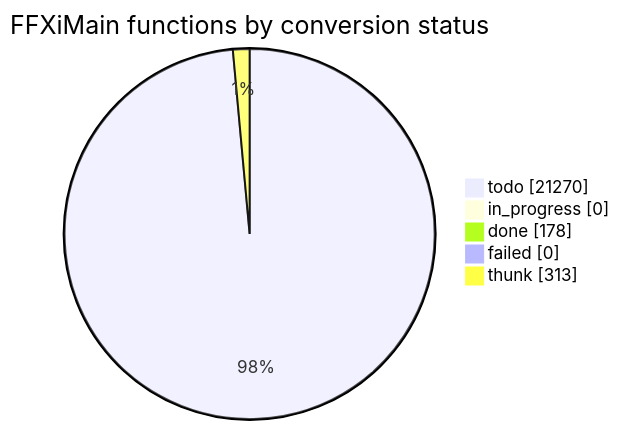
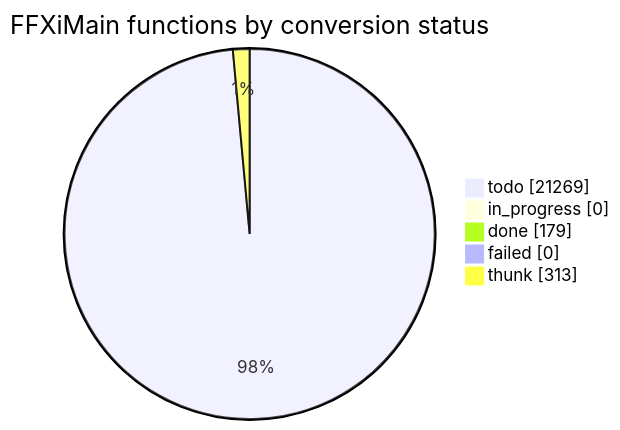
The diagram in docs/cow/STATUS.md (cowrevenge/cow_kuluu_xi_anything), drawn with Mermaid before and after one commit. The commit also changed other lines of this file and 9 other files, not shown here.

````diff
--- a/docs/cow/STATUS.md
+++ b/docs/cow/STATUS.md
@@ -18,9 +18,9 @@
 ```mermaid
 pie showData
     title FFXiMain functions by conversion status
-    "todo" : 21270
+    "todo" : 21269
     "in_progress" : 0
-    "done" : 178
+    "done" : 179
     "failed" : 0
     "thunk" : 313
 ```
````
